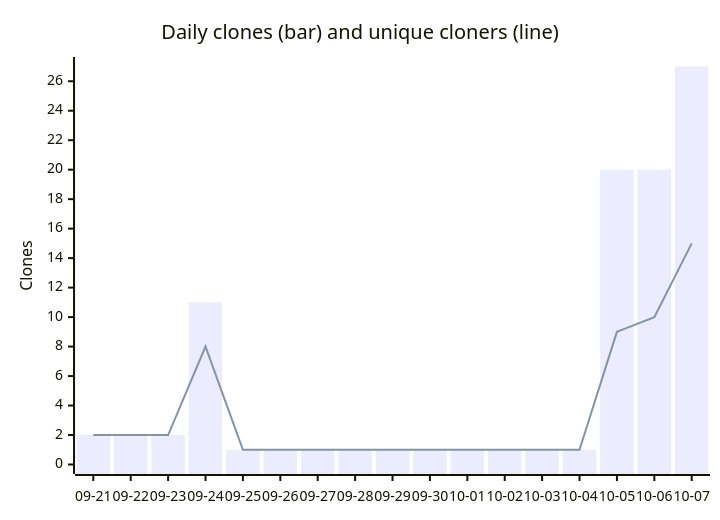
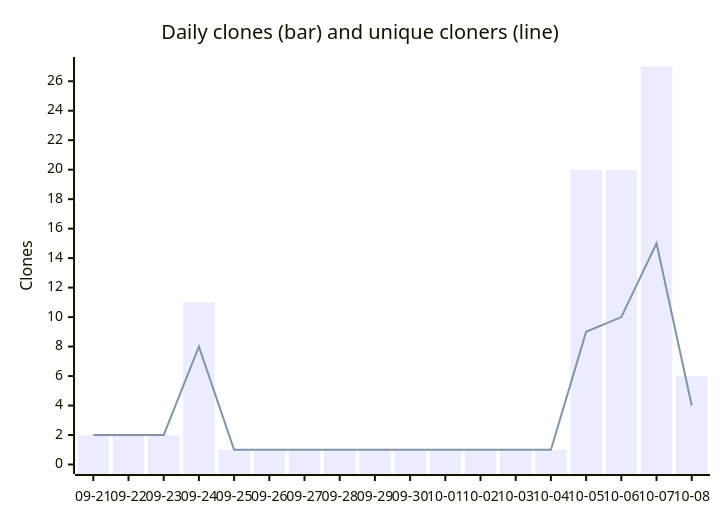
The second of 2 diagrams in metrics/DASHBOARD.md (babson44/azure-vm-modernization-toolkit), drawn with Mermaid before and after one commit. The commit also changed other lines of this file and 2 other files, not shown here.

````diff
--- a/metrics/DASHBOARD.md
+++ b/metrics/DASHBOARD.md
@@ -29,8 +29,8 @@
 ```mermaid
 xychart-beta
     title "Daily clones (bar) and unique cloners (line)"
-    x-axis [09-21, 09-22, 09-23, 09-24, 09-25, 09-26, 09-27, 09-28, 09-29, 09-30, 10-01, 10-02, 10-03, 10-04, 10-05, 10-06, 10-07]
+    x-axis [09-21, 09-22, 09-23, 09-24, 09-25, 09-26, 09-27, 09-28, 09-29, 09-30, 10-01, 10-02, 10-03, 10-04, 10-05, 10-06, 10-07, 10-08]
     y-axis "Clones" 0 --> 27
-    bar [2, 2, 2, 11, 1, 1, 1, 1, 1, 1, 1, 1, 1, 1, 20, 20, 27]
-    line [2, 2, 2, 8, 1, 1, 1, 1, 1, 1, 1, 1, 1, 1, 9, 10, 15]
+    bar [2, 2, 2, 11, 1, 1, 1, 1, 1, 1, 1, 1, 1, 1, 20, 20, 27, 6]
+    line [2, 2, 2, 8, 1, 1, 1, 1, 1, 1, 1, 1, 1, 1, 9, 10, 15, 4]
 ```
````
